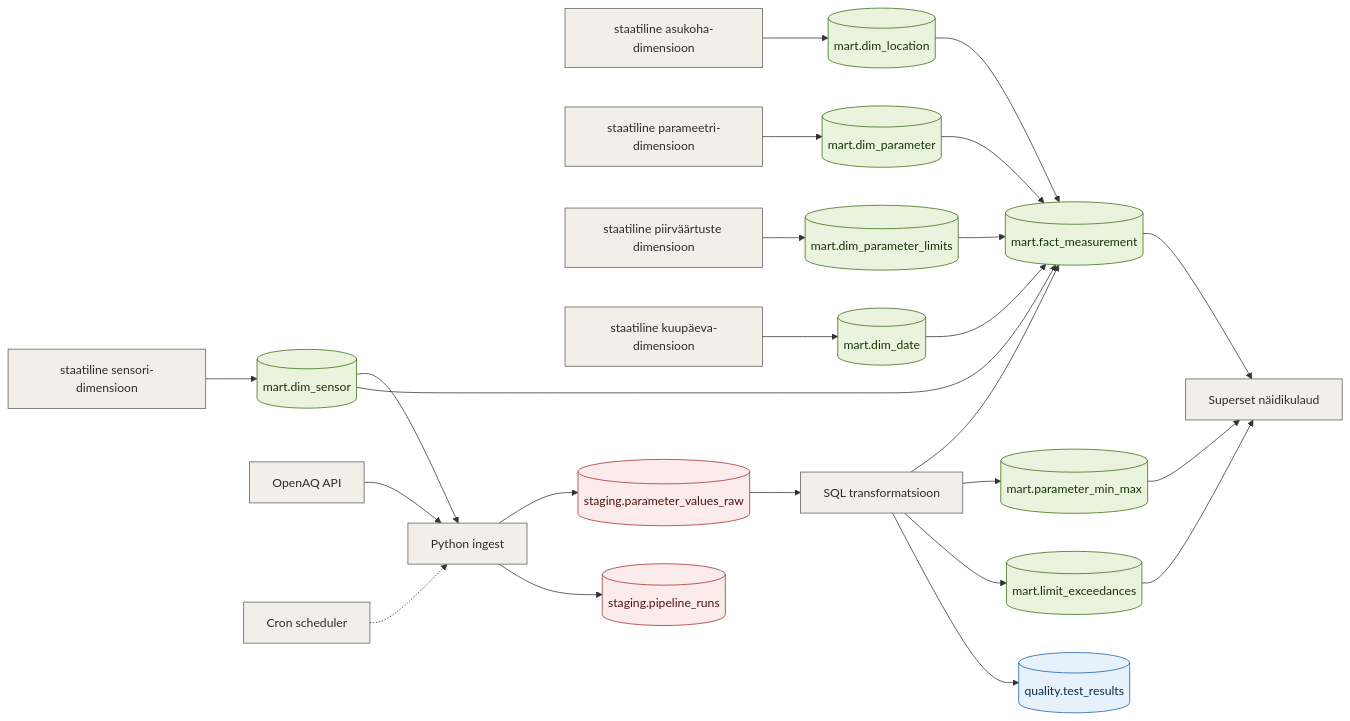
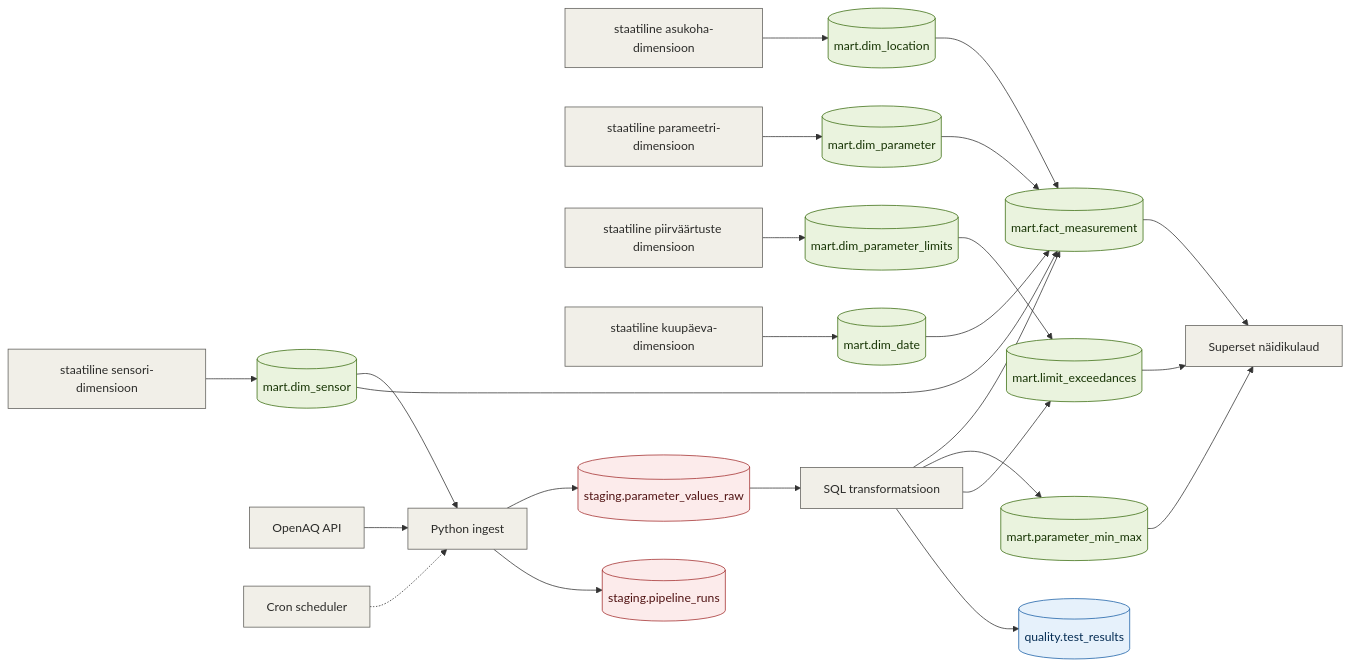
The diagram in docs/arhitektuur.md (LauraEdenberg/Andmeinseneeria-grupitoo_Eesti-ohukvaliteedi-seire), drawn with Mermaid before and after one commit. The commit also changed other lines of this file, not shown here.

````diff
--- a/docs/arhitektuur.md
+++ b/docs/arhitektuur.md
@@ -24,78 +26,78 @@
 ```mermaid
 flowchart LR
     %% Staatilised dimensiooni-allikad
     src_loc["staatiline asukoha-dimensioon"]
     src_param["staatiline parameetri-dimensioon"]
     src_sensor["staatiline sensori-dimensioon"]
     src_limits["staatiline piirväärtuste dimensioon"]
     src_date["staatiline kuupäeva-dimensioon"]
 
     %% Dimensioonitabelid (mart)
     dim_loc[("mart.dim_location")]
     dim_param[("mart.dim_parameter")]
     dim_sensor[("mart.dim_sensor")]
     dim_limits[("mart.dim_parameter_limits")]
     dim_date[("mart.dim_date")]
 
     %% Allikas → dimensioon
     src_loc --> dim_loc
     src_param --> dim_param
     src_sensor --> dim_sensor
     src_limits --> dim_limits
     src_date --> dim_date
 
     %% Ingest
     api["OpenAQ API"]
     cron["Cron scheduler"]
     ingest["Python ingest"]
 
     api --> ingest
     cron -.-> ingest
     dim_sensor --> ingest
 
     %% Staging
     raw[("staging.parameter_values_raw")]
     runs[("staging.pipeline_runs")]
 
     ingest --> raw
     ingest --> runs
 
     %% Transformatsioon
     sql["SQL transformatsioon"]
     raw --> sql
 
     %% Fakti- ja tulemustabelid
     fact[("mart.fact_measurement")]
     minmax[("mart.parameter_min_max")]
     exceed[("mart.limit_exceedances")]
     quality[("quality.test_results")]
 
     sql --> fact
     sql --> minmax
     sql --> exceed
     sql --> quality
 
     %% Dimensioonid → faktitabel
     dim_loc --> fact
     dim_param --> fact
     dim_sensor --> fact
-    dim_limits --> fact
     dim_date --> fact
+    dim_limits --> exceed
 
     %% Esitluskiht
     superset["Superset näidikulaud"]
     fact --> superset
     minmax --> superset
     exceed --> superset
 
     %% Värvid
     classDef green fill:#EAF3DE,stroke:#3B6D11,color:#173404;
     classDef red fill:#FCEBEB,stroke:#A32D2D,color:#501313;
     classDef blue fill:#E6F1FB,stroke:#185FA5,color:#042C53;
     classDef plain fill:#F1EFE8,stroke:#5F5E5A,color:#2C2C2A;
 
     class dim_loc,dim_param,dim_sensor,dim_limits,dim_date,fact,minmax,exceed green;
     class raw,runs red;
     class quality blue;
     class src_loc,src_param,src_sensor,src_limits,src_date,api,cron,ingest,sql,superset plain;
 ```
````
